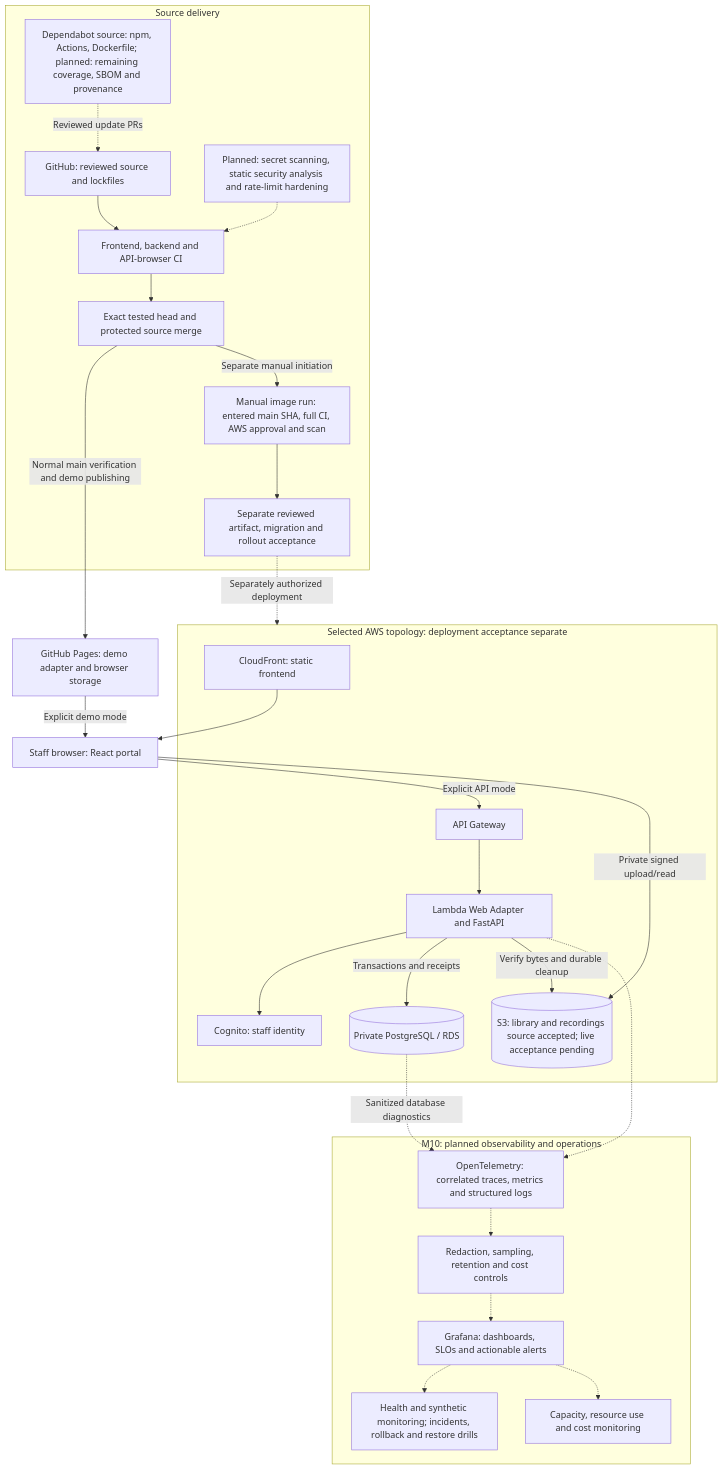
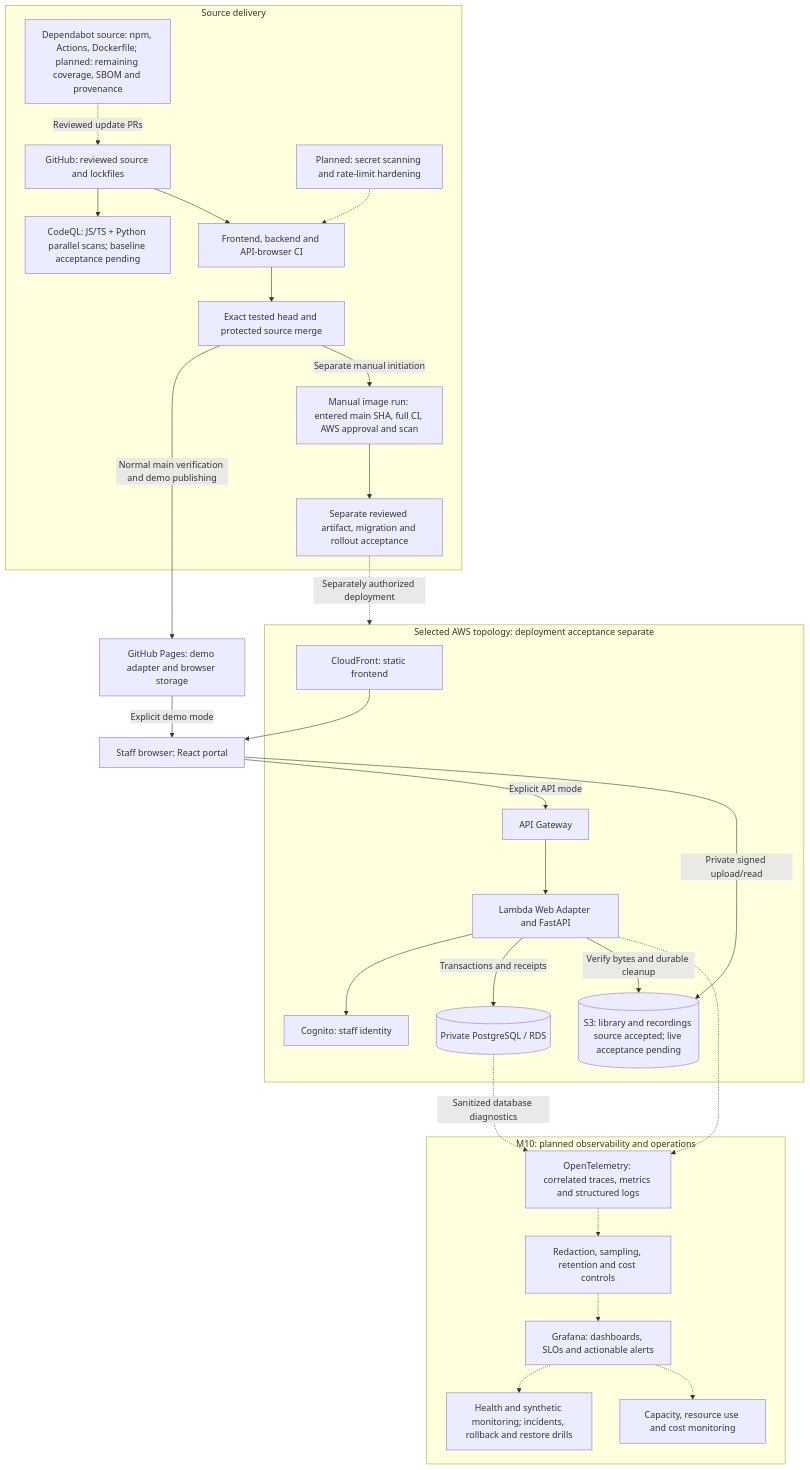
One commit to LimYouSheng/FitfinityReact changed the first of 3 diagrams in docs/architecture/diagram.md. Above: the diagram before and after it, drawn with Mermaid. The commit also changed other lines of this file and 30 other files, not shown here.

First line of the commit message:
Group Admin approvals, enlarge portal text and add parallel CodeQL scans (#122)

````diff
--- a/docs/architecture/diagram.md
+++ b/docs/architecture/diagram.md
@@ -11,48 +11,50 @@
 ```mermaid
 flowchart TB
   Staff["Staff browser: React portal"]
   Pages["GitHub Pages: demo adapter and browser storage"]
   subgraph AWS["Selected AWS topology: deployment acceptance separate"]
     Assets["CloudFront: static frontend"]
     Gateway["API Gateway"]
     App["Lambda Web Adapter and FastAPI"]
     Identity["Cognito: staff identity"]
     DB[("Private PostgreSQL / RDS")]
     Media[("S3: library and recordings source accepted; live acceptance pending")]
   end
   subgraph Delivery["Source delivery"]
     Repo["GitHub: reviewed source and lockfiles"]
+    CodeQL["CodeQL: JS/TS + Python parallel scans; baseline acceptance pending"]
+    Repo --> CodeQL
     CI["Frontend, backend and API-browser CI"]
     Merge["Exact tested head and protected source merge"]
     Image["Manual image run: entered main SHA, full CI, AWS approval and scan"]
     Release["Separate reviewed artifact, migration and rollout acceptance"]
     Supply["Dependabot source: npm, Actions, Dockerfile; planned: remaining coverage, SBOM and provenance"]
-    Security["Planned: secret scanning, static security analysis and rate-limit hardening"]
+    Security["Planned: secret scanning and rate-limit hardening"]
   end
   subgraph Operations["M10: planned observability and operations"]
     OTel["OpenTelemetry: correlated traces, metrics and structured logs"]
     Privacy["Redaction, sampling, retention and cost controls"]
     Grafana["Grafana: dashboards, SLOs and actionable alerts"]
     Ops["Health and synthetic monitoring; incidents, rollback and restore drills"]
     Capacity["Capacity, resource use and cost monitoring"]
   end
   Assets --> Staff
   Pages -->|"Explicit demo mode"| Staff
   Staff -->|"Explicit API mode"| Gateway
   Gateway --> App
   App --> Identity
   App -->|"Transactions and receipts"| DB
   Staff -->|"Private signed upload/read"| Media
   App -->|"Verify bytes and durable cleanup"| Media
   Repo --> CI --> Merge
   Merge -->|"Normal main verification and demo publishing"| Pages
   Merge -->|"Separate manual initiation"| Image --> Release
   Release -.->|"Separately authorized deployment"| AWS
   Supply -.->|"Reviewed update PRs"| Repo
   Security -.-> CI
   App -.-> OTel
   DB -.->|"Sanitized database diagnostics"| OTel
   OTel -.-> Privacy -.-> Grafana
   Grafana -.-> Ops
   Grafana -.-> Capacity
 ```
````
